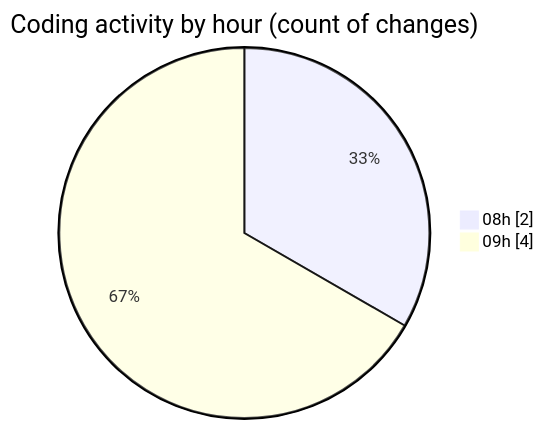
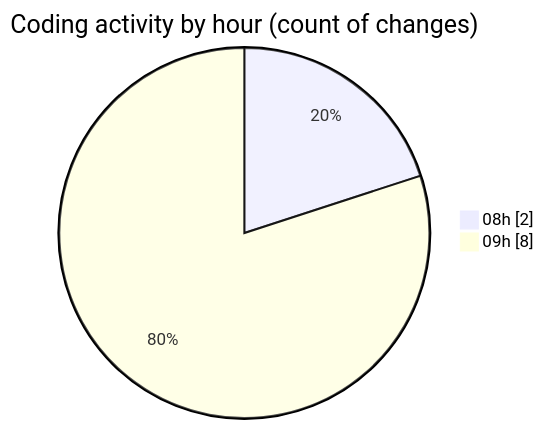
The second of 2 diagrams in 2026-08-20/lab2/README.md (Unknowalive/code-tracking), drawn with Mermaid before and after one commit. The commit also changed other lines of this file and 1 other file, not shown here.

````diff
--- a/2026-08-20/lab2/README.md
+++ b/2026-08-20/lab2/README.md
@@ -30,6 +32,6 @@
 ```mermaid
 pie showData
 title Coding activity by hour (count of changes)
 "08h" : 2
-"09h" : 4
+"09h" : 8
 ```
````
